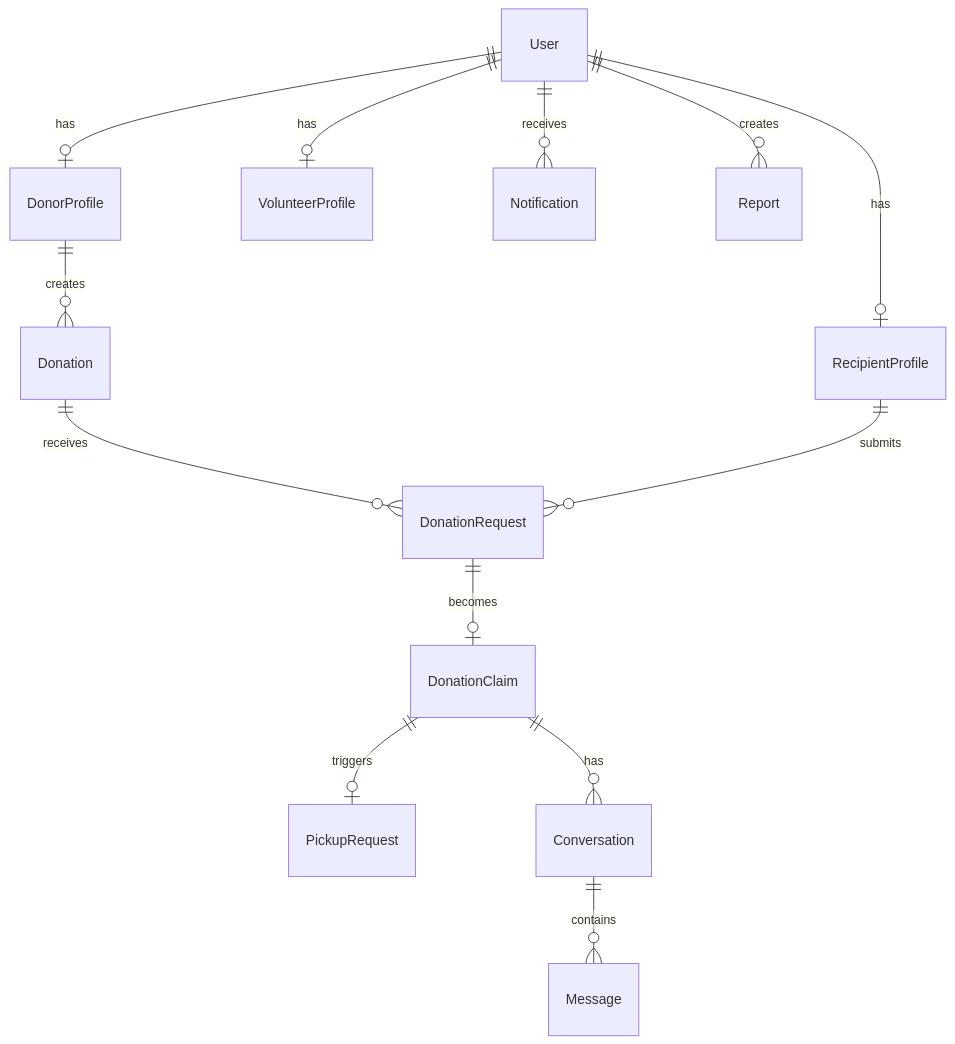
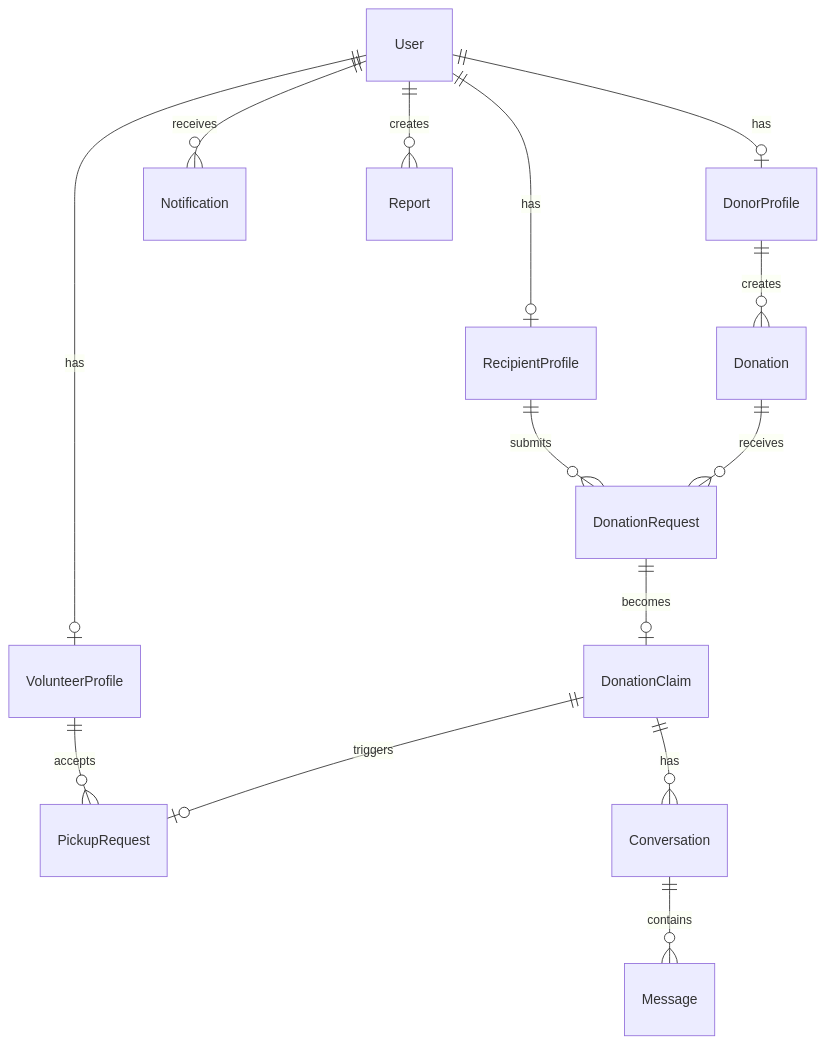
One commit to 3mrmousa/MealBridge changed the diagram in README.md. Above: the diagram before and after it, drawn with Mermaid. The commit also changed other lines of this file, not shown here.

````diff
--- a/README.md
+++ b/README.md
@@ -210,15 +280,16 @@
 ```mermaid
 erDiagram
     User ||--o| DonorProfile : has
     User ||--o| RecipientProfile : has
     User ||--o| VolunteerProfile : has
     DonorProfile ||--o{ Donation : creates
     Donation ||--o{ DonationRequest : receives
     RecipientProfile ||--o{ DonationRequest : submits
     DonationRequest ||--o| DonationClaim : becomes
     DonationClaim ||--o| PickupRequest : triggers
+    VolunteerProfile ||--o{ PickupRequest : accepts
     DonationClaim ||--o{ Conversation : has
     Conversation ||--o{ Message : contains
     User ||--o{ Notification : receives
     User ||--o{ Report : creates
 ```
````
